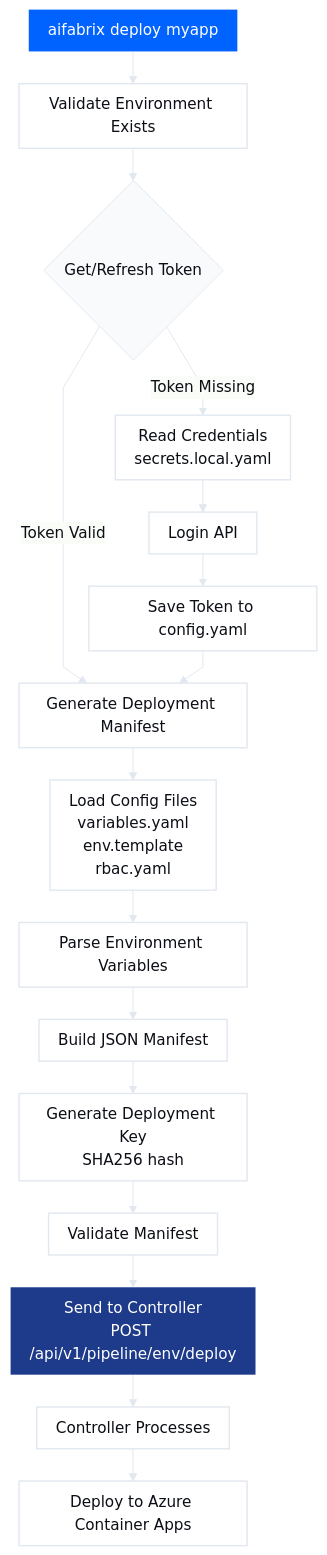
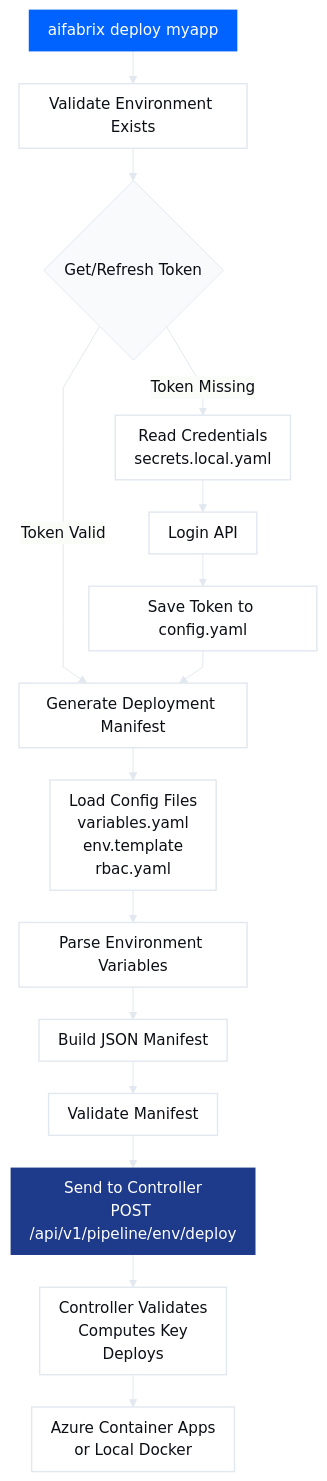
One commit to esystemsdev/aifabrix-builder changed the second of 4 diagrams in docs/deploying.md. Above: the diagram before and after it, drawn with Mermaid. The commit also changed other lines of this file and 21 other files, not shown here.

````diff
--- a/docs/deploying.md
+++ b/docs/deploying.md
@@ -231,51 +226,50 @@
 ```mermaid
 %%{init: {
   "theme": "base",
   "themeVariables": {
     "fontFamily": "Poppins, Arial Rounded MT Bold, Arial, sans-serif",
     "fontSize": "16px",
     "background": "#FFFFFF",
     "primaryColor": "#F8FAFC",
     "primaryTextColor": "#0B0E15",
     "primaryBorderColor": "#E2E8F0",
     "lineColor": "#E2E8F0",
     "textColor": "#0B0E15",
     "borderRadius": 16
   },
   "flowchart": {
     "curve": "linear",
     "nodeSpacing": 34,
     "rankSpacing": 34,
     "padding": 10
   }
 }}%%
 
 flowchart TD
 
 %% =======================
 %% Styles
 %% =======================
 classDef base fill:#FFFFFF,color:#0B0E15,stroke:#E2E8F0,stroke-width:1.5px;
 classDef medium fill:#1E3A8A,color:#ffffff,stroke-width:0px;
 classDef primary fill:#0062FF,color:#ffffff,stroke-width:0px;
 
 %% =======================
 %% Flow
 %% =======================
 Start[aifabrix deploy myapp]:::primary --> ValidateEnv[Validate Environment Exists]:::base
 ValidateEnv --> GetToken{Get/Refresh Token}
 GetToken -->|Token Missing| ReadCreds[Read Credentials<br/>secrets.local.yaml]:::base
 ReadCreds --> Login[Login API]:::base
 Login --> SaveToken[Save Token to config.yaml]:::base
 GetToken -->|Token Valid| GenerateManifest[Generate Deployment Manifest]:::base
 SaveToken --> GenerateManifest
 
 GenerateManifest --> LoadConfig[Load Config Files<br/>variables.yaml<br/>env.template<br/>rbac.yaml]:::base
 LoadConfig --> ParseEnv[Parse Environment Variables]:::base
 ParseEnv --> BuildManifest[Build JSON Manifest]:::base
-BuildManifest --> GenKey[Generate Deployment Key<br/>SHA256 hash]:::base
-GenKey --> ValidateManifest[Validate Manifest]:::base
+BuildManifest --> ValidateManifest[Validate Manifest]:::base
 ValidateManifest --> SendController[Send to Controller<br/>POST /api/v1/pipeline/env/deploy]:::medium
-SendController --> ControllerProcess[Controller Processes]:::base
-ControllerProcess --> DeployAzure[Deploy to Azure Container Apps]:::base
+SendController --> ControllerProcess[Controller Validates<br/>Computes Key<br/>Deploys]:::base
+ControllerProcess --> DeployAzure[Azure Container Apps<br/>or Local Docker]:::base
 ```
````
